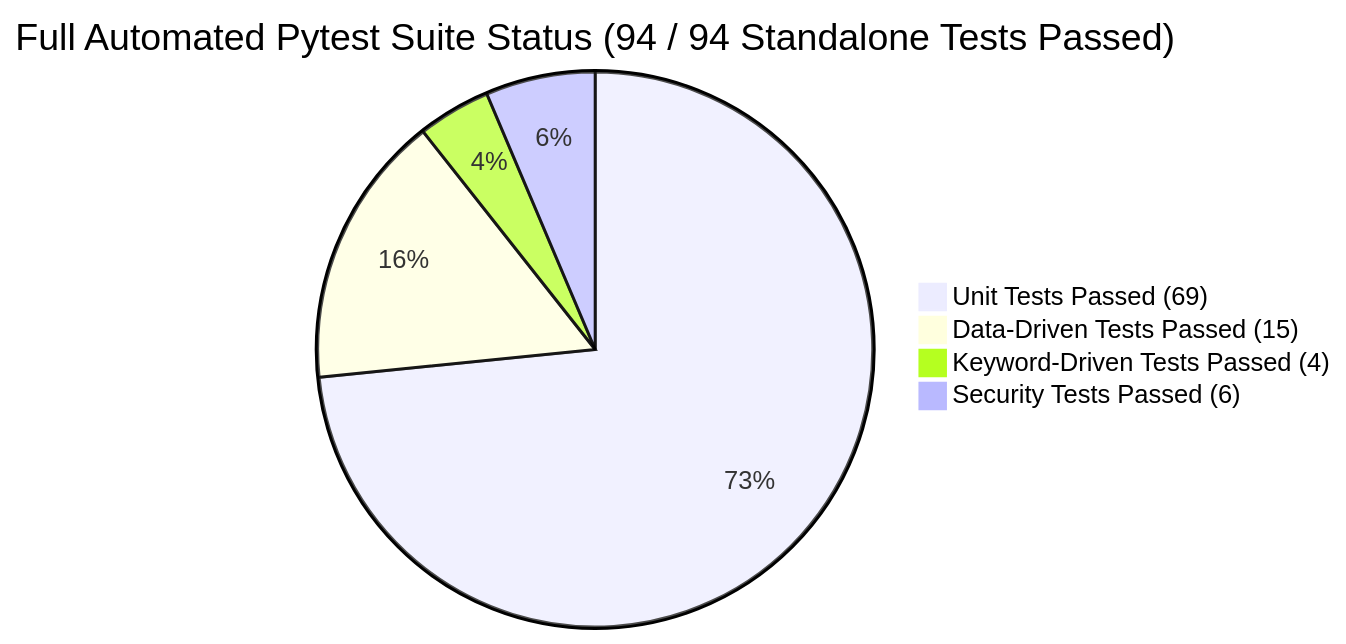
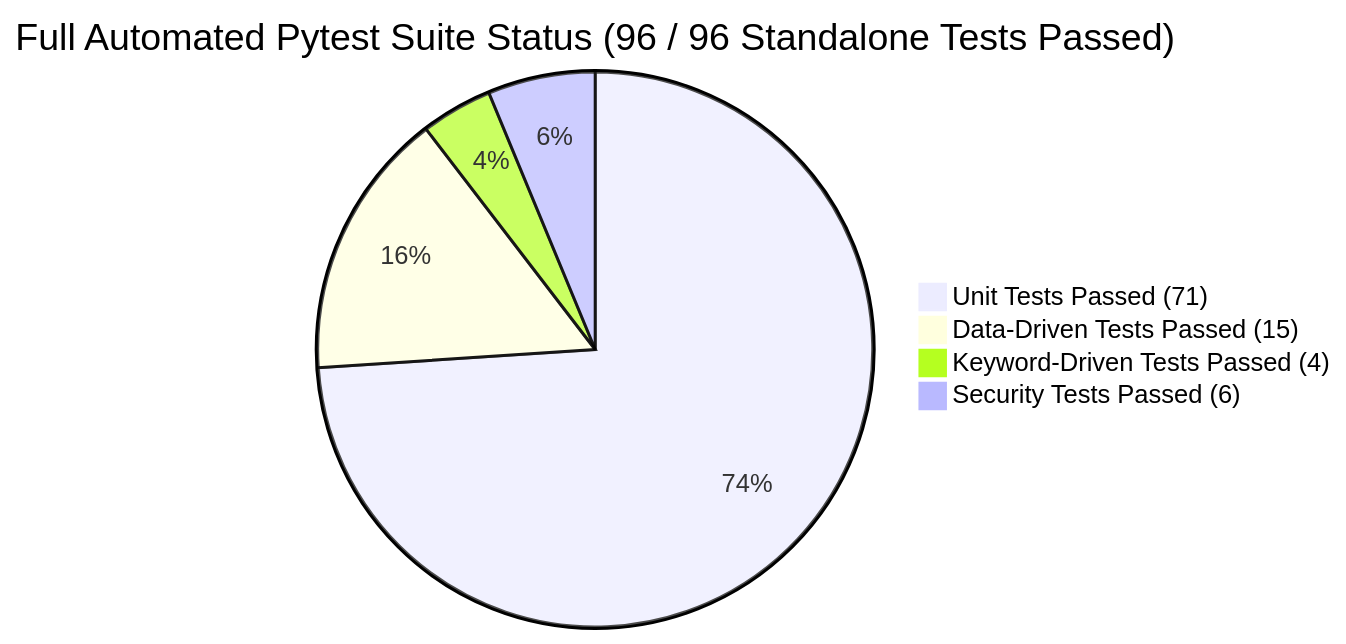
One commit to Meet-jethwa/Plant-Disease-Detection changed the first of 3 diagrams in test_result.md. Above: the diagram before and after it, drawn with Mermaid. The commit also changed other lines of this file and 22 other files, not shown here.

````diff
--- a/test_result.md
+++ b/test_result.md
@@ -58,7 +58,7 @@
 ```mermaid
-pie title Full Automated Pytest Suite Status (94 / 94 Standalone Tests Passed)
-    "Unit Tests Passed (69)" : 69
+pie title Full Automated Pytest Suite Status (96 / 96 Standalone Tests Passed)
+    "Unit Tests Passed (71)" : 71
     "Data-Driven Tests Passed (15)" : 15
     "Keyword-Driven Tests Passed (4)" : 4
     "Security Tests Passed (6)" : 6
 ```
````
